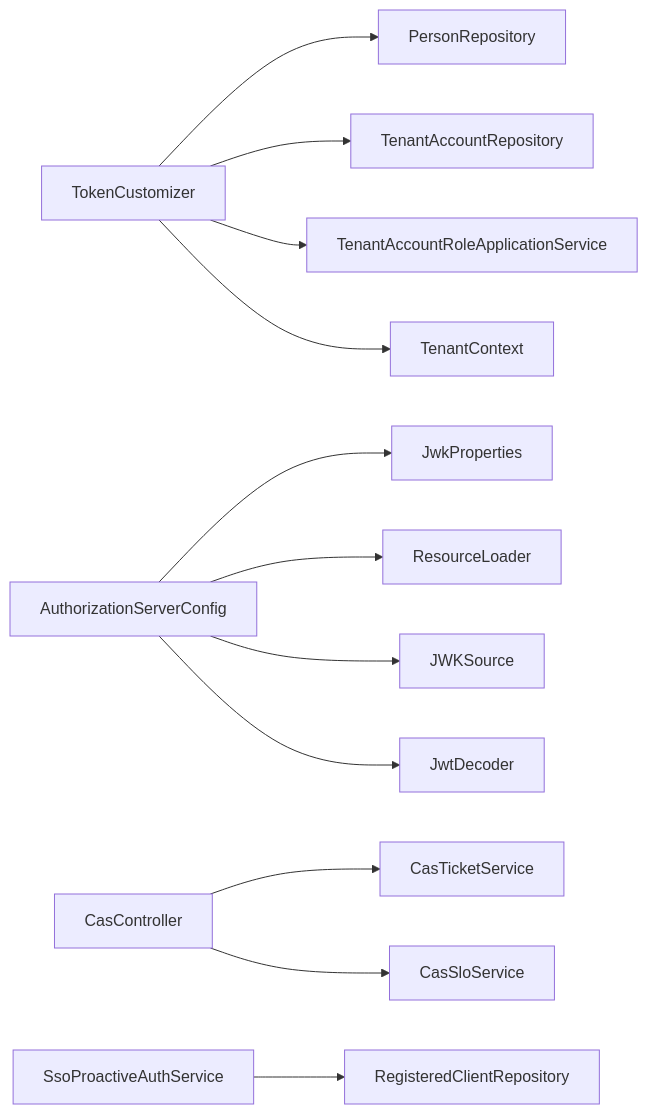
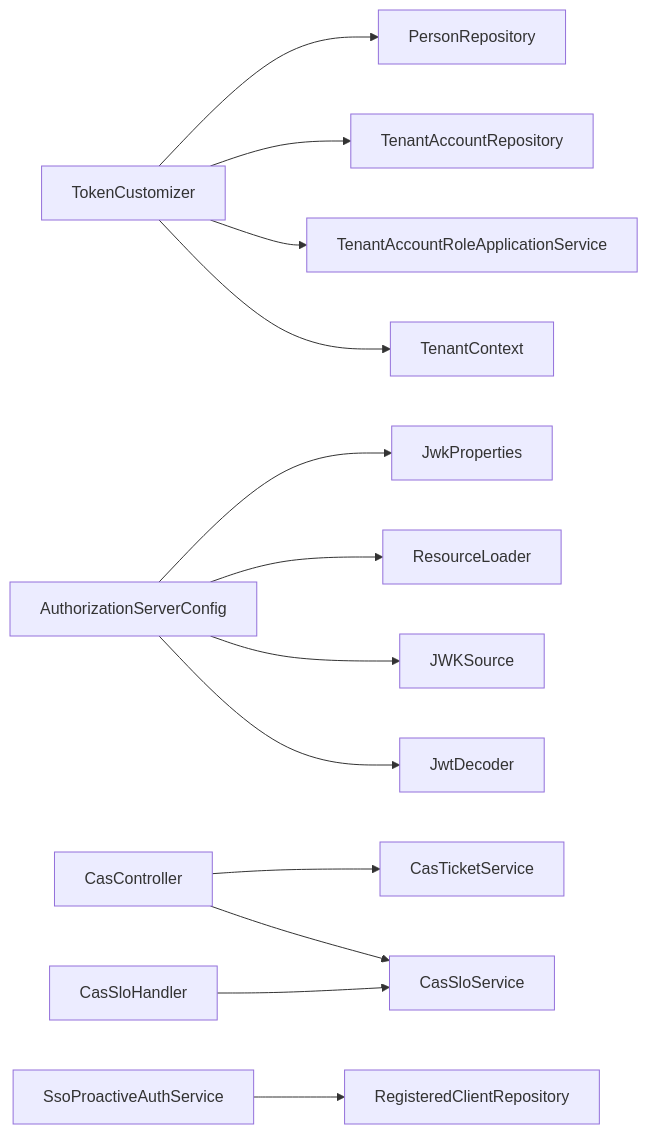
Before and after one commit to fq0121104930716/iam-platform: the eighth of 8 diagrams in .qoder/repowiki/zh/content/认证与授权/令牌管理.md, drawn with Mermaid. The commit also changed other lines of this file and 88 other files, not shown here.

````diff
--- a/.qoder/repowiki/zh/content/认证与授权/令牌管理.md
+++ b/.qoder/repowiki/zh/content/认证与授权/令牌管理.md
@@ -310,14 +361,15 @@
 ```mermaid
 graph LR
 TC["TokenCustomizer"] --> PR["PersonRepository"]
 TC --> TAR["TenantAccountRepository"]
 TC --> TRS["TenantAccountRoleApplicationService"]
 TC --> TCTX["TenantContext"]
 ASC["AuthorizationServerConfig"] --> JP["JwkProperties"]
 ASC --> RL["ResourceLoader"]
 ASC --> JWK["JWKSource"]
 ASC --> DEC["JwtDecoder"]
 CC["CasController"] --> CT["CasTicketService"]
 CC --> CS["CasSloService"]
+CH["CasSloHandler"] --> CS
 PA["SsoProactiveAuthService"] --> RCR["RegisteredClientRepository"]
 ```
````
